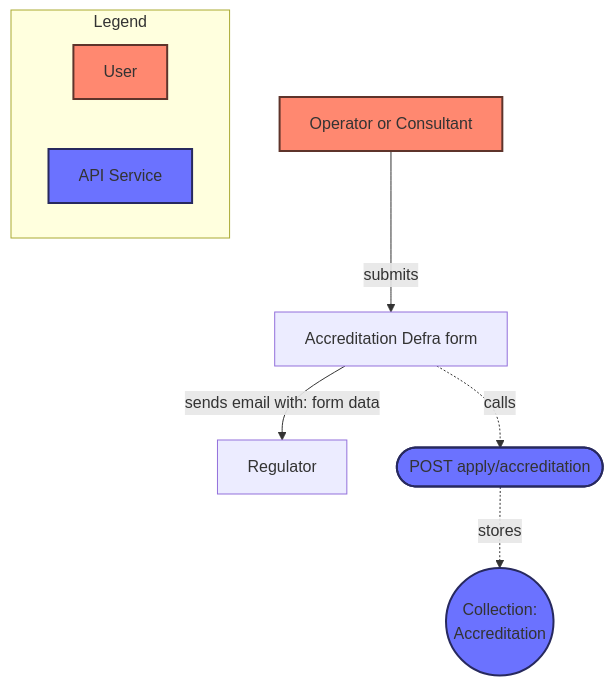
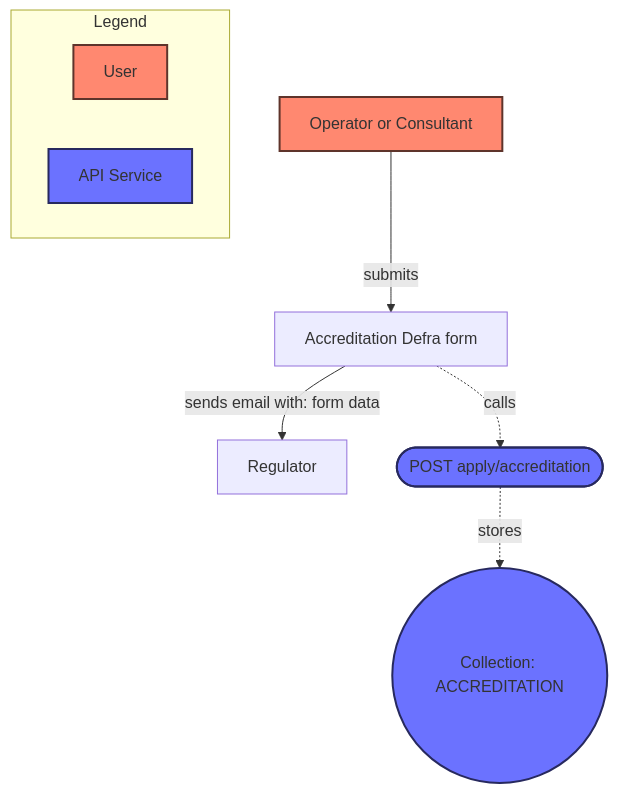
The seventh of 10 diagrams in docs/architecture/discovery/2025-reg-acc-lld.md (DEFRA/epr-backend), drawn with Mermaid before and after one commit. The commit also changed other lines of this file, not shown here.

````diff
--- a/docs/architecture/discovery/2025-reg-acc-lld.md
+++ b/docs/architecture/discovery/2025-reg-acc-lld.md
@@ -173,26 +192,26 @@
 ```mermaid
 flowchart TD;
 
 %% Styles
 classDef user fill:#FF8870,stroke:#5E342B,stroke-width:2px
 classDef service fill:#6B72FF,stroke:#27295E,stroke-width:2px
 
 %% Entities
 operator[Operator or Consultant]
 regulator[Regulator]
 form[Accreditation Defra form]
 endpoint([POST apply/accreditation])
-database((Collection: \n Accreditation))
+database((Collection: ACCREDITATION))
 
 %% Flow
 operator:::user --submits-->form
 form-.calls.->endpoint:::service
 form--sends email with: form data-->regulator
 endpoint:::service -.stores.->database:::service
 
 %% Legend
 subgraph legend [Legend]
   User:::user
   apiService[API Service]:::service
 end
 ```
````
